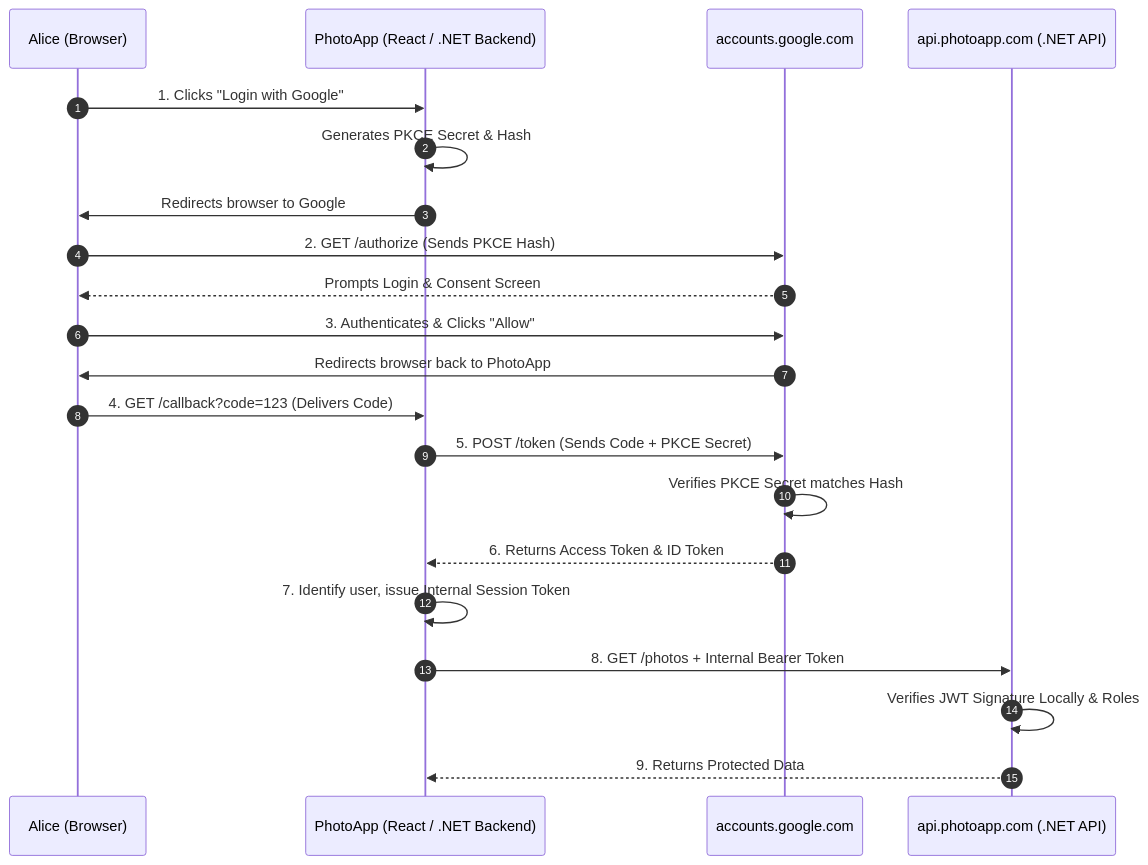
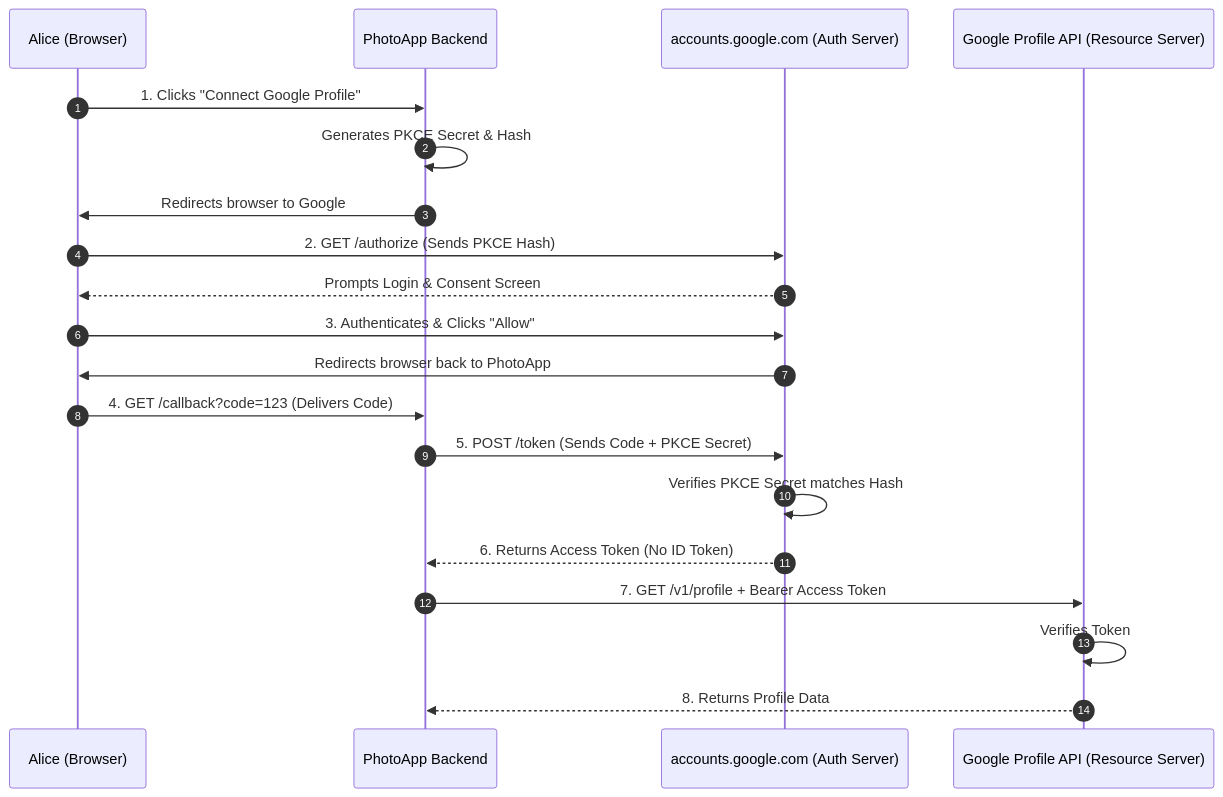
Before and after one commit to nirajp82/IdentityAccessManagement_IAM: the second of 5 diagrams in 02_AuthN_Federation/05_OAuth_Intro.md, drawn with Mermaid.

````diff
--- a/02_AuthN_Federation/05_OAuth_Intro.md
+++ b/02_AuthN_Federation/05_OAuth_Intro.md
@@ -246,25 +246,28 @@
 ```mermaid
 sequenceDiagram
     autonumber
     participant Alice as Alice (Browser)
-    participant React as PhotoApp (React / .NET Backend)
-    participant Google as accounts.google.com
-    participant API as api.photoapp.com (.NET API)
+    participant React as PhotoApp Backend
+    participant Google as accounts.google.com (Auth Server)
+    participant GoogleAPI as Google Profile API (Resource Server)
 
-    Alice->>React: 1. Clicks "Login with Google"
+    Alice->>React: 1. Clicks "Connect Google Profile"
     React->>React: Generates PKCE Secret & Hash
     React->>Alice: Redirects browser to Google
     Alice->>Google: 2. GET /authorize (Sends PKCE Hash)
     Google-->>Alice: Prompts Login & Consent Screen
     Alice->>Google: 3. Authenticates & Clicks "Allow"
     Google->>Alice: Redirects browser back to PhotoApp
     Alice->>React: 4. GET /callback?code=123 (Delivers Code)
     React->>Google: 5. POST /token (Sends Code + PKCE Secret)
     Google->>Google: Verifies PKCE Secret matches Hash
-    Google-->>React: 6. Returns Access Token & ID Token
-    React->>React: 7. Identify user, issue Internal Session Token
-    React->>API: 8. GET /photos + Internal Bearer Token
-    API->>API: Verifies JWT Signature Locally & Roles
-    API-->>React: 9. Returns Protected Data
+    
+    %% THE DIFFERENCE IS HERE: Only Access Token is returned
+    Google-->>React: 6. Returns Access Token (No ID Token)
+    
+    %% THE API CALL IS TO GOOGLE, NOT .NET
+    React->>GoogleAPI: 7. GET /v1/profile + Bearer Access Token
+    GoogleAPI->>GoogleAPI: Verifies Token
+    GoogleAPI-->>React: 8. Returns Profile Data
 
 ```
````
